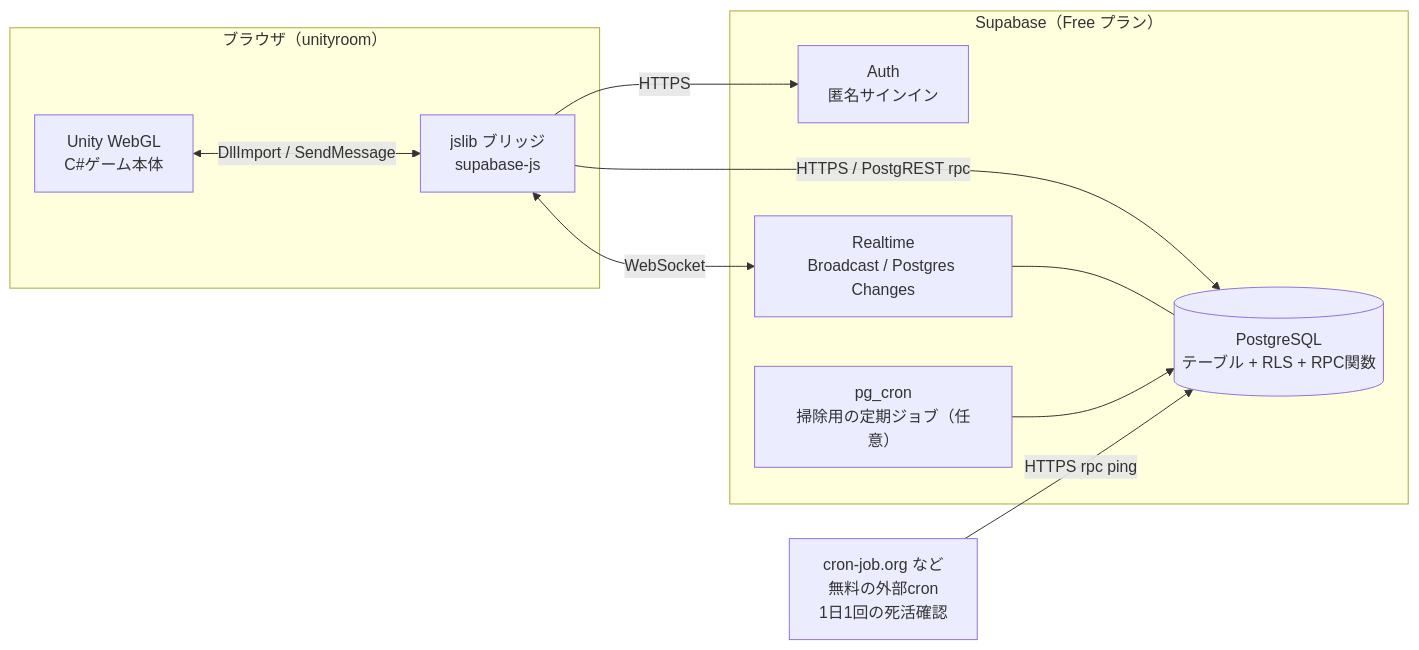
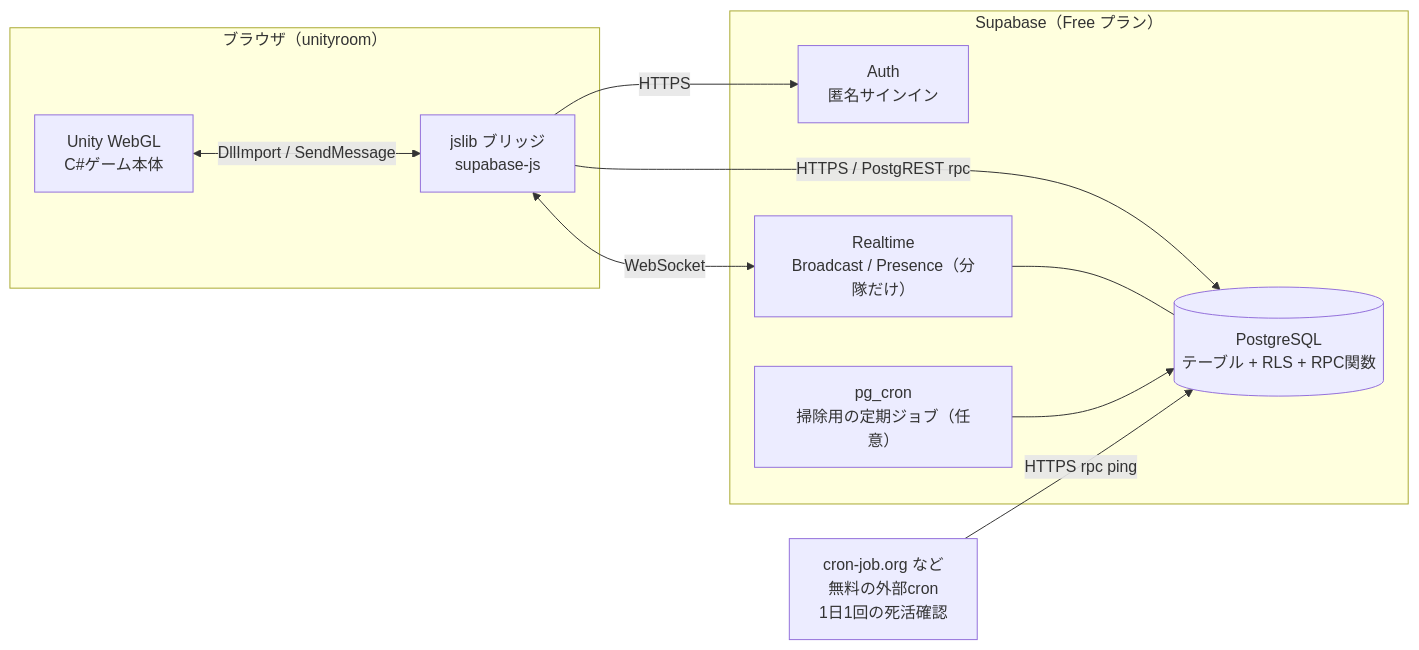
One commit to HasegawaTakatune/Relay-Resistance changed the first of 8 diagrams in docs/04_アーキテクチャ.md. Above: the diagram before and after it, drawn with Mermaid. The commit also changed other lines of this file and 5 other files, not shown here.

````diff
--- a/docs/04_アーキテクチャ.md
+++ b/docs/04_アーキテクチャ.md
@@ -28,24 +29,24 @@
 ```mermaid
 flowchart LR
     subgraph Browser["ブラウザ（unityroom）"]
         U[Unity WebGL<br/>C#ゲーム本体]
         J[jslib ブリッジ<br/>supabase-js]
         U <-->|DllImport / SendMessage| J
     end
 
     subgraph Supabase["Supabase（Free プラン）"]
         A[Auth<br/>匿名サインイン]
-        R[Realtime<br/>Broadcast / Postgres Changes]
+        R[Realtime<br/>Broadcast / Presence（分隊だけ）]
         P[(PostgreSQL<br/>テーブル + RLS + RPC関数)]
         C[pg_cron<br/>掃除用の定期ジョブ（任意）]
     end
 
     K[cron-job.org など<br/>無料の外部cron<br/>1日1回の死活確認]
 
     J -->|HTTPS| A
     J -->|HTTPS / PostgREST rpc| P
     J <-->|WebSocket| R
     R --- P
     C --> P
     K -->|HTTPS rpc ping| P
 ```
````
